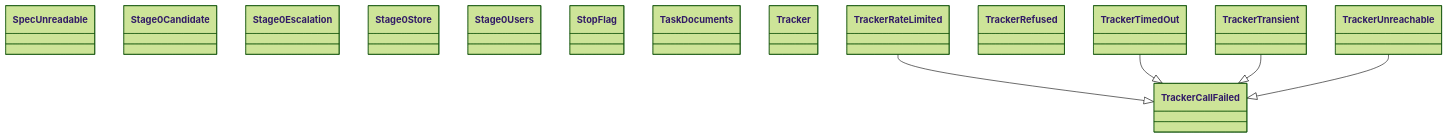
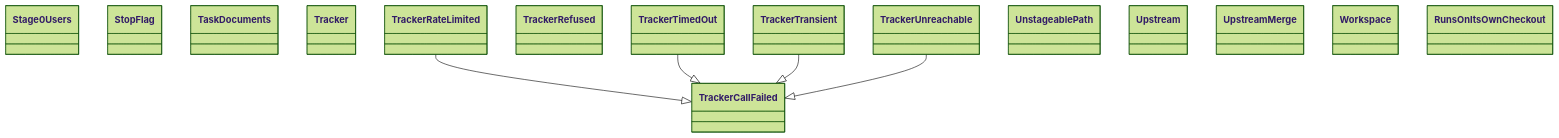
One commit to GonzaloZevallos/agentic-system changed the diagram in docs/architecture/generated/classes-process-application-support-6.md. Above: the diagram before and after it, drawn with Mermaid (forest theme). The commit also changed other lines of this file and 24 other files, not shown here.

````diff
--- a/docs/architecture/generated/classes-process-application-support-6.md
+++ b/docs/architecture/generated/classes-process-application-support-6.md
@@ -19,21 +19,22 @@
 ```mermaid
 classDiagram
-    class ports__SpecUnreadable["SpecUnreadable"]
-    class ports__Stage0Candidate["Stage0Candidate"]
-    class ports__Stage0Escalation["Stage0Escalation"]
-    class ports__Stage0Store["Stage0Store"]
     class ports__Stage0Users["Stage0Users"]
     class ports__StopFlag["StopFlag"]
     class ports__TaskDocuments["TaskDocuments"]
     class ports__Tracker["Tracker"]
     class ports__TrackerCallFailed["TrackerCallFailed"]
     class ports__TrackerRateLimited["TrackerRateLimited"]
     class ports__TrackerRefused["TrackerRefused"]
     class ports__TrackerTimedOut["TrackerTimedOut"]
     class ports__TrackerTransient["TrackerTransient"]
     class ports__TrackerUnreachable["TrackerUnreachable"]
+    class ports__UnstageablePath["UnstageablePath"]
+    class ports__Upstream["Upstream"]
+    class ports__UpstreamMerge["UpstreamMerge"]
+    class ports__Workspace["Workspace"]
+    class preflight__RunsOnItsOwnCheckout["RunsOnItsOwnCheckout"]
     ports__TrackerRateLimited --|> ports__TrackerCallFailed
     ports__TrackerTimedOut --|> ports__TrackerCallFailed
     ports__TrackerTransient --|> ports__TrackerCallFailed
     ports__TrackerUnreachable --|> ports__TrackerCallFailed
 ```
````
